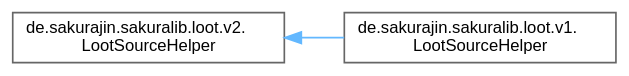
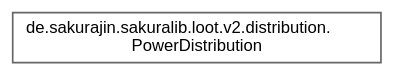
One commit to noah1510/sakura-lib changed the diagram in inherit_graph_27.dot. Above: the diagram before and after it, drawn with Graphviz. The commit also changed 97 other files, not shown here.

```diff
--- a/inherit_graph_27.dot
+++ b/inherit_graph_27.dot
@@ -1,11 +1,9 @@
 digraph "Graphical Class Hierarchy"
 {
  // LATEX_PDF_SIZE
   bgcolor="transparent";
   edge [fontname=Helvetica,fontsize=10,labelfontname=Helvetica,labelfontsize=10];
   node [fontname=Helvetica,fontsize=10,shape=box,height=0.2,width=0.4];
   rankdir="LR";
-  Node0 [label="de.sakurajin.sakuralib.loot.v2.\lLootSourceHelper",height=0.2,width=0.4,color="grey40", fillcolor="white", style="filled",URL="$classde_1_1sakurajin_1_1sakuralib_1_1loot_1_1v2_1_1LootSourceHelper.html",tooltip="This helper class allows decoding and encoding of loot table sources."];
-  Node0 -> Node1 [dir="back",color="steelblue1",style="solid"];
-  Node1 [label="de.sakurajin.sakuralib.loot.v1.\lLootSourceHelper",height=0.2,width=0.4,color="grey40", fillcolor="white", style="filled",URL="$classde_1_1sakurajin_1_1sakuralib_1_1loot_1_1v1_1_1LootSourceHelper.html",tooltip="This helper class allows decoding and encoding of loot table sources."];
+  Node0 [label="de.sakurajin.sakuralib.loot.v2.distribution.\lPowerDistribution",height=0.2,width=0.4,color="grey40", fillcolor="white", style="filled",URL="$classde_1_1sakurajin_1_1sakuralib_1_1loot_1_1v2_1_1distribution_1_1PowerDistribution.html",tooltip="This class can be used to create a power based weight distributions for loot tables."];
 }
```
